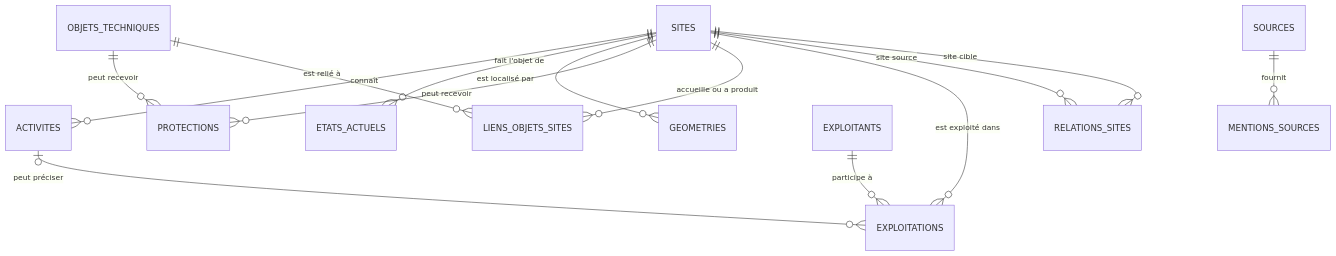
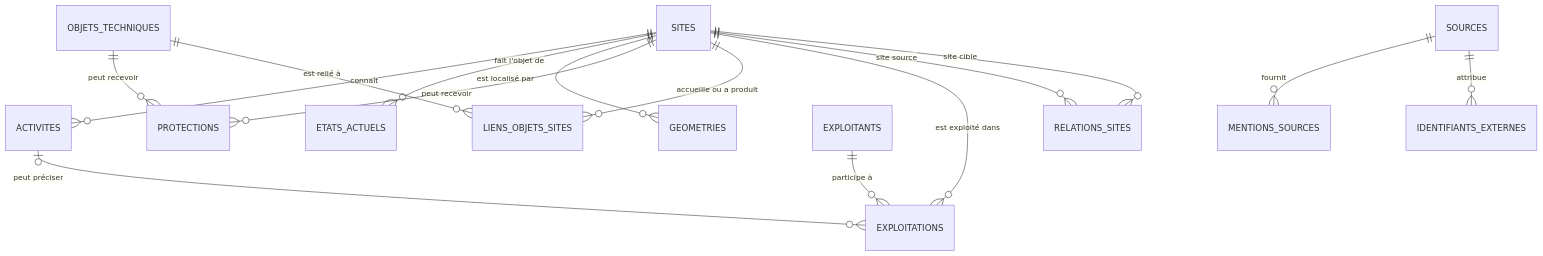
Before and after one commit to hericlibong/patrimoine-industriel-orne: the diagram in docs/modele_donnees.md, drawn with Mermaid. The commit also changed other lines of this file and 6 other files, not shown here.

````diff
--- a/docs/modele_donnees.md
+++ b/docs/modele_donnees.md
@@ -25,16 +25,17 @@
 ```mermaid
 erDiagram
     SITES ||--o{ ACTIVITES : "connaît"
     SITES ||--o{ ETATS_ACTUELS : "fait l'objet de"
     SITES ||--o{ GEOMETRIES : "est localisé par"
     SITES ||--o{ PROTECTIONS : "peut recevoir"
     OBJETS_TECHNIQUES ||--o{ PROTECTIONS : "peut recevoir"
     SITES ||--o{ LIENS_OBJETS_SITES : "accueille ou a produit"
     OBJETS_TECHNIQUES ||--o{ LIENS_OBJETS_SITES : "est relié à"
     EXPLOITANTS ||--o{ EXPLOITATIONS : "participe à"
     SITES ||--o{ EXPLOITATIONS : "est exploité dans"
     ACTIVITES o|--o{ EXPLOITATIONS : "peut préciser"
     SITES ||--o{ RELATIONS_SITES : "site source"
     SITES ||--o{ RELATIONS_SITES : "site cible"
     SOURCES ||--o{ MENTIONS_SOURCES : "fournit"
+    SOURCES ||--o{ IDENTIFIANTS_EXTERNES : "attribue"
 ```
````
